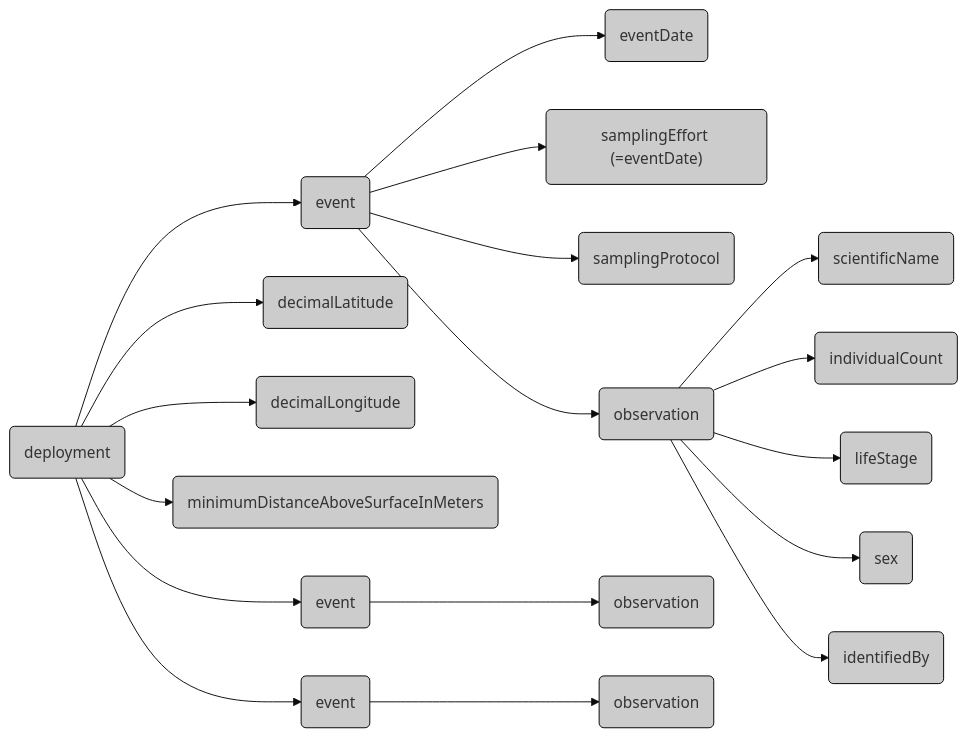
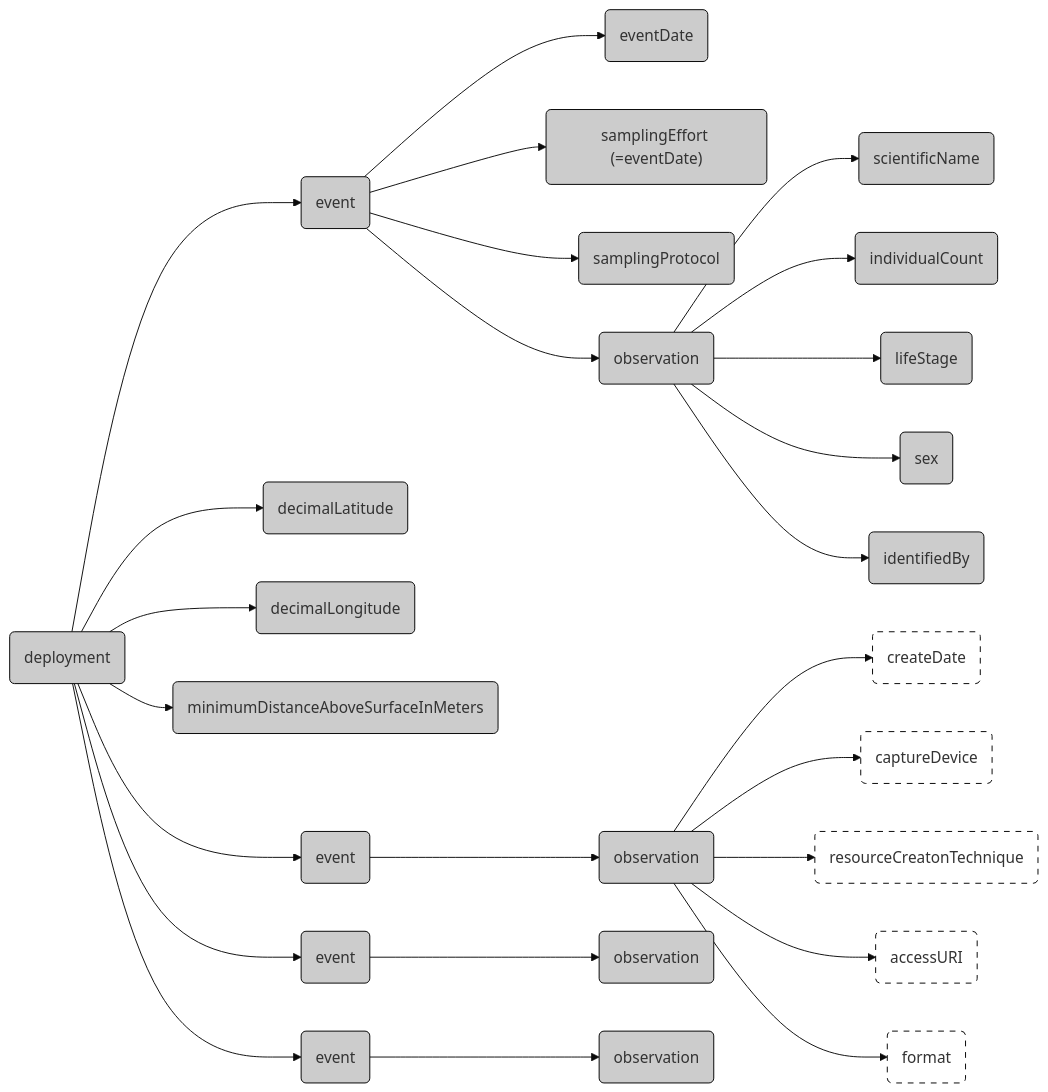
Before and after one commit to inbo/dwc-event-workshop: the diagram in data/dwc_occurrence/README.md, drawn with Mermaid (base theme).

````diff
--- a/data/dwc_occurrence/README.md
+++ b/data/dwc_occurrence/README.md
@@ -1,51 +1,68 @@
 ```mermaid
 flowchart LR
     deployment("deployment"):::occurrence
     event1("event"):::occurrence
     event2("event"):::occurrence
     event3("event"):::occurrence
+    event4("event"):::occurrence
+
 
     occ1("observation"):::occurrence
     occ2("observation"):::occurrence
     occ3("observation"):::occurrence
+    occ4("observation"):::occurrence
 
     scientificName("scientificName"):::occurrence
     individualCount("individualCount"):::occurrence
     lifeStage("lifeStage"):::occurrence
     sex("sex"):::occurrence
     identifiedBy("identifiedBy"):::occurrence
 
     eventDate("eventDate"):::occurrence
     samplingEffort("samplingEffort (=eventDate)"):::occurrence
     samplingProtocol("samplingProtocol"):::occurrence
 
     decimalLatitude("decimalLatitude"):::occurrence
     decimalLongitude("decimalLongitude"):::occurrence
     minimumDistanceAboveSurfaceInMeters("minimumDistanceAboveSurfaceInMeters"):::occurrence
 
-    
+    createDate("createDate"):::audubon
+    captureDevice("captureDevice"):::audubon
+    resourceCreatonTechnique("resourceCreatonTechnique"):::audubon
+    accessURI("accessURI"):::audubon
+    format("format"):::audubon
    
 
     classDef occurrence fill:#ccc,stroke-width:1px,stroke:#000;
+    classDef audubon fill:#fff,stroke-width:1px,stroke:#000, stroke-dasharray:6;
+
 
     deployment --> event1
     deployment --> decimalLatitude
     deployment --> decimalLongitude
     deployment --> minimumDistanceAboveSurfaceInMeters
         event1 --> eventDate
         event1 --> samplingEffort
         event1 --> samplingProtocol
 
         event1 --> occ1
             occ1 --> scientificName
             occ1 -->individualCount
             occ1 -->lifeStage
             occ1 -->sex
             occ1 -->identifiedBy
 
     deployment --> event2
             event2 --> occ2
+            occ2 --> createDate
+            occ2 --> captureDevice
+            occ2 --> resourceCreatonTechnique
+            occ2 --> accessURI
+            occ2 --> format
 
     deployment --> event3
             event3 --> occ3
+
+    deployment --> event4
+        event4 --> occ4
 ```
````
